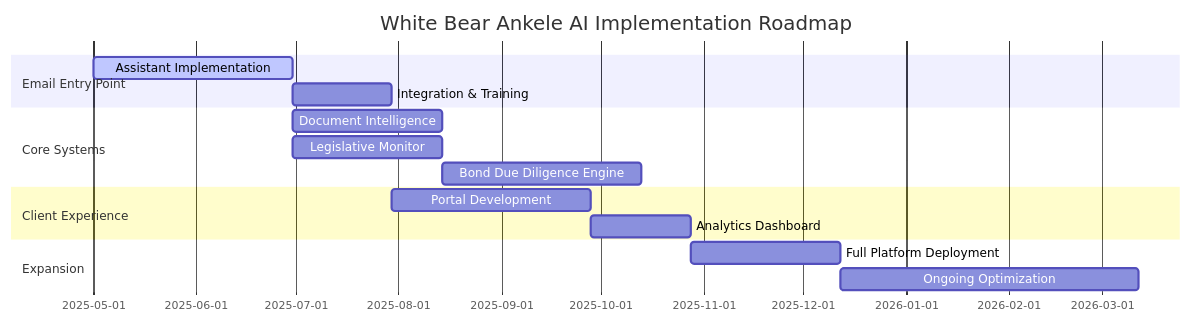
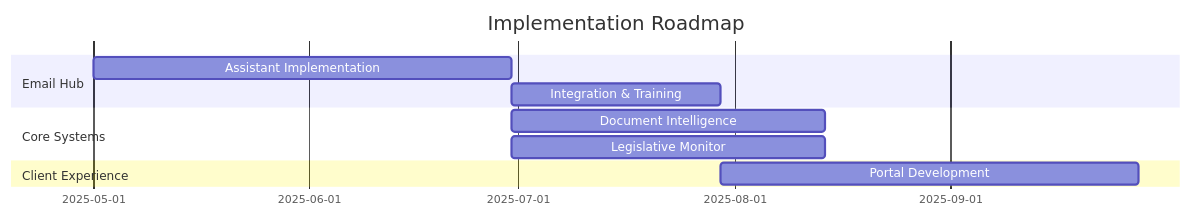
One commit to SquizAI/Co_Legal- changed the second of 2 diagrams in README.md. Above: the diagram before and after it, drawn with Mermaid. The commit also changed other lines of this file, not shown here.

Commit message:
Clean and professional README styling for GitHub display: - Simplified styling that renders properly on GitHub - Focused on Email Assistant Hub as primary entry point - Improved readability with smaller code chunks - Enhanced professional presentation with tables and badges

````diff
--- a/README.md
+++ b/README.md
@@ -189,21 +81,15 @@
-    ```mermaid
-    gantt
-        title White Bear Ankele AI Implementation Roadmap
-        dateFormat  YYYY-MM-DD
-        section Email Entry Point
-        Assistant Implementation     :active, a1, 2025-05-01, 60d
-        Integration & Training      :a2, after a1, 30d
-        
-        section Core Systems
-        Document Intelligence      :b1, after a1, 45d
-        Legislative Monitor        :b2, after a1, 45d
-        Bond Due Diligence Engine  :b3, after b1 b2, 60d
-        
-        section Client Experience
-        Portal Development         :c1, after a2, 60d
-        Analytics Dashboard        :c2, after c1, 30d
-        
-        section Expansion
-        Full Platform Deployment   :d1, after b3 c2, 45d
-        Ongoing Optimization       :d2, after d1, 90d
-    ```
+```mermaid
+gantt
+    title Implementation Roadmap
+    dateFormat  YYYY-MM-DD
+    section Email Hub
+    Assistant Implementation  :a1, 2025-05-01, 60d
+    Integration & Training    :a2, after a1, 30d
+    
+    section Core Systems
+    Document Intelligence     :b1, after a1, 45d
+    Legislative Monitor       :b2, after a1, 45d
+    
+    section Client Experience
+    Portal Development        :c1, after a2, 60d
+```
````
